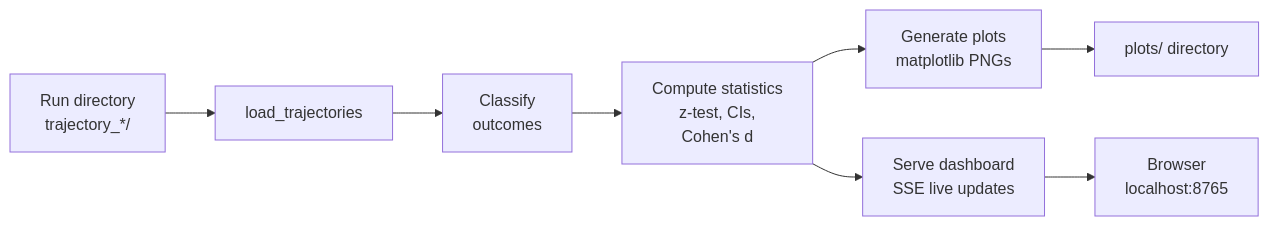
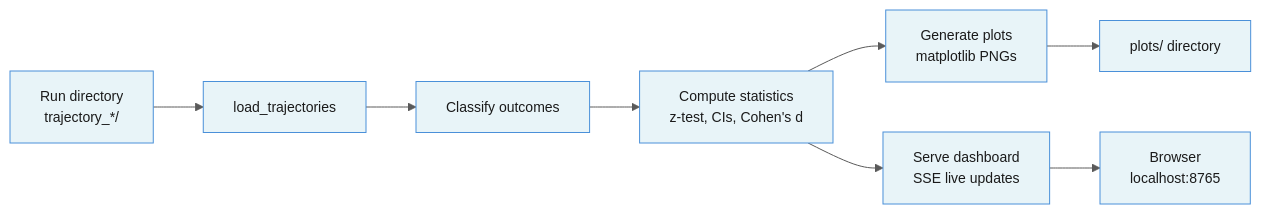
The seventh of 8 diagrams in docs/guide.md (georgosgeorgos/minimal-agora), drawn with Mermaid before and after one commit. The commit also changed other lines of this file and 1 other file, not shown here.

First line of the commit message:
Improve Mermaid diagram readability: light theme, clean labels

````diff
--- a/docs/guide.md
+++ b/docs/guide.md
@@ -851,10 +857,11 @@
 ```mermaid
+%%{init: {'theme': 'base', 'themeVariables': {'primaryColor': '#e8f4f8', 'primaryTextColor': '#1a1a1a', 'primaryBorderColor': '#4a90d9', 'lineColor': '#5a5a5a', 'secondaryColor': '#f0f7e8', 'tertiaryColor': '#fff5e6', 'fontSize': '14px'}}}%%
 graph LR
     RD[Run directory\ntrajectory_*/] --> LT[load_trajectories]
-    LT --> CO[Classify\noutcomes]
-    CO --> CS[Compute statistics\nz-test, CIs,\nCohen's d]
+    LT --> CO[Classify outcomes]
+    CO --> CS[Compute statistics\nz-test, CIs, Cohen's d]
     CS --> GP[Generate plots\nmatplotlib PNGs]
     CS --> SD[Serve dashboard\nSSE live updates]
     GP --> PD[plots/ directory]
     SD --> WB[Browser\nlocalhost:8765]
 ```
````
